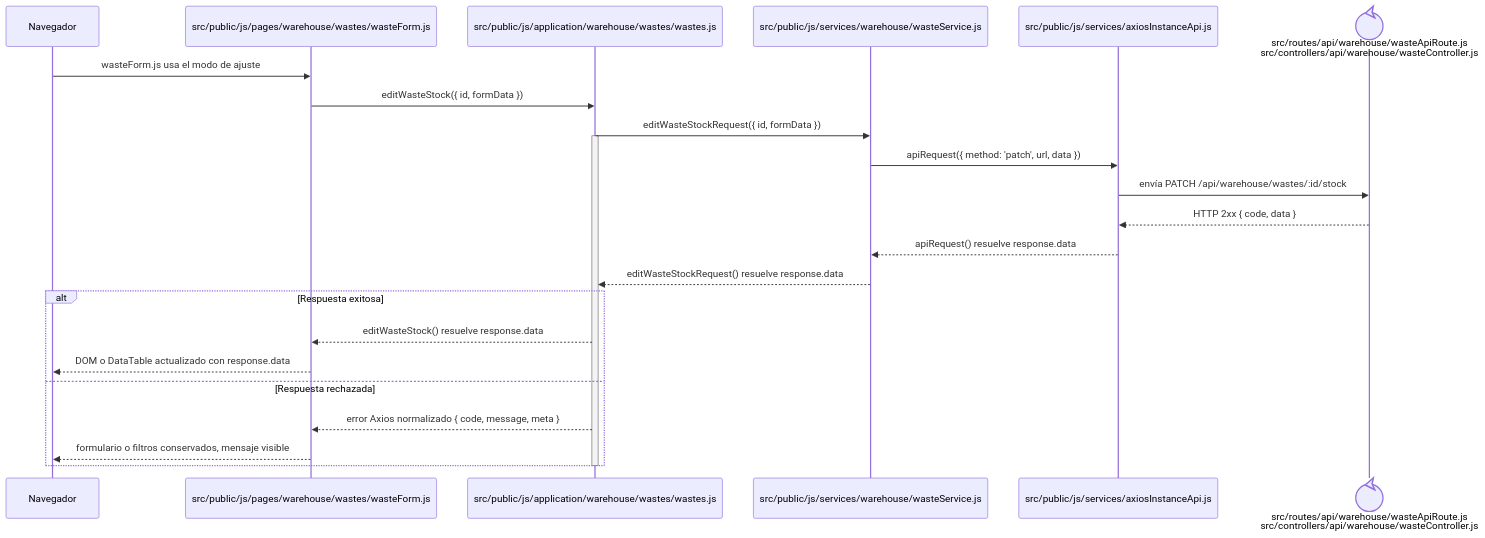
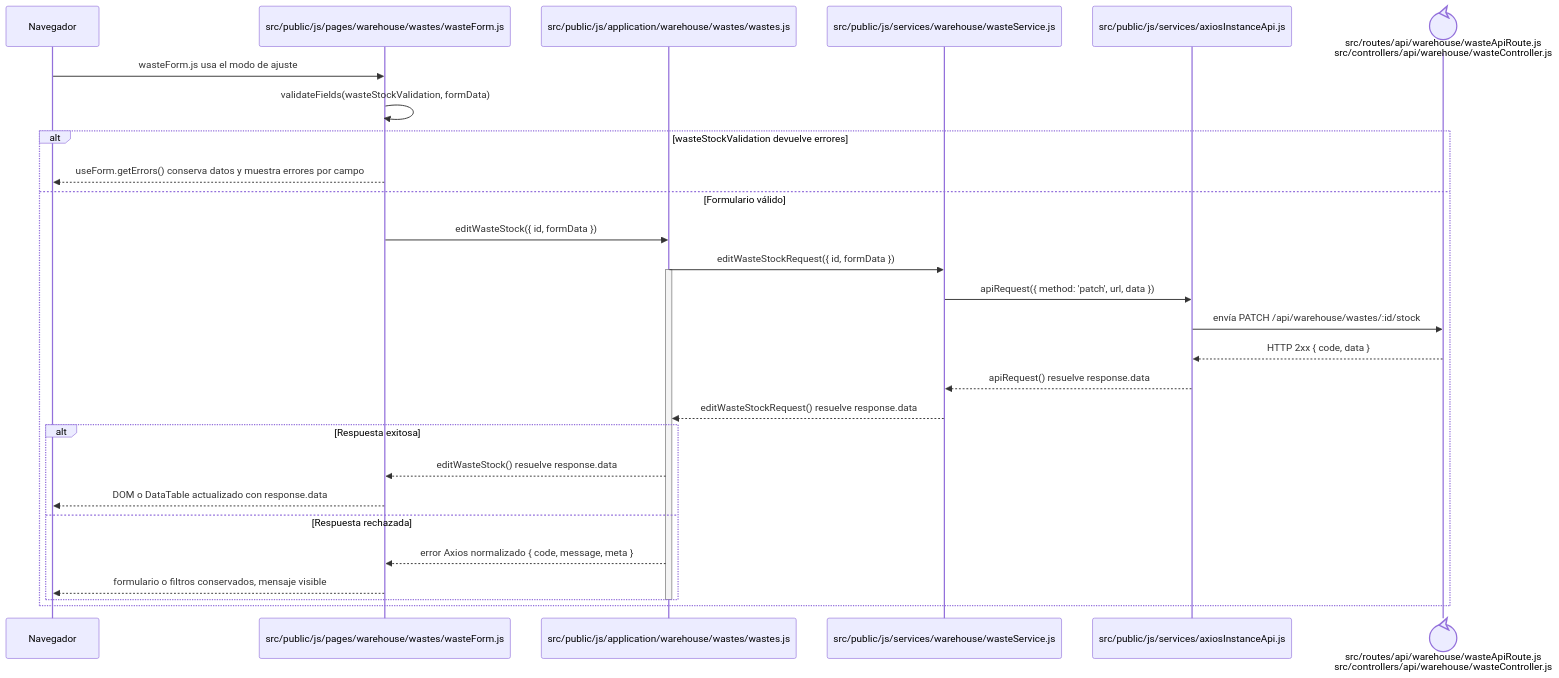
The diagram in docs/architecture/frontend-code-sequences/catalogs/cu-alm-12.md (gpgsistemas01/nexus), drawn with Mermaid before and after one commit. The commit also changed 102 other files, not shown here.

````diff
--- a/docs/architecture/frontend-code-sequences/catalogs/cu-alm-12.md
+++ b/docs/architecture/frontend-code-sequences/catalogs/cu-alm-12.md
@@ -6,27 +6,32 @@
 ```mermaid
 sequenceDiagram
     participant Browser as Navegador
     participant View as src/public/js/pages/warehouse/wastes/wasteForm.js
     participant Application as src/public/js/application/warehouse/wastes/wastes.js
     participant Request as src/public/js/services/warehouse/wasteService.js
     participant HTTP as src/public/js/services/axiosInstanceApi.js
     participant Transport@{ "type": "control" } as src/routes/api/warehouse/wasteApiRoute.js<br/>src/controllers/api/warehouse/wasteController.js
 
     Browser->>View: wasteForm.js usa el modo de ajuste
-    View->>Application: editWasteStock({ id, formData })
-    Application->>Request: editWasteStockRequest({ id, formData })
-    activate Application
-    Request->>HTTP: apiRequest({ method: 'patch', url, data })
-    HTTP->>Transport: envía PATCH /api/warehouse/wastes/:id/stock
-    Transport-->>HTTP: HTTP 2xx { code, data }
-    HTTP-->>Request: apiRequest() resuelve response.data
-    Request-->>Application: editWasteStockRequest() resuelve response.data
-    alt Respuesta exitosa
-        Application-->>View: editWasteStock() resuelve response.data
-        View-->>Browser: DOM o DataTable actualizado con response.data
-    else Respuesta rechazada
-        Application-->>View: error Axios normalizado { code, message, meta }
-        View-->>Browser: formulario o filtros conservados, mensaje visible
+    View->>View: validateFields(wasteStockValidation, formData)
+    alt wasteStockValidation devuelve errores
+        View-->>Browser: useForm.getErrors() conserva datos y muestra errores por campo
+    else Formulario válido
+        View->>Application: editWasteStock({ id, formData })
+        Application->>Request: editWasteStockRequest({ id, formData })
+        activate Application
+        Request->>HTTP: apiRequest({ method: 'patch', url, data })
+        HTTP->>Transport: envía PATCH /api/warehouse/wastes/:id/stock
+        Transport-->>HTTP: HTTP 2xx { code, data }
+        HTTP-->>Request: apiRequest() resuelve response.data
+        Request-->>Application: editWasteStockRequest() resuelve response.data
+        alt Respuesta exitosa
+            Application-->>View: editWasteStock() resuelve response.data
+            View-->>Browser: DOM o DataTable actualizado con response.data
+        else Respuesta rechazada
+            Application-->>View: error Axios normalizado { code, message, meta }
+            View-->>Browser: formulario o filtros conservados, mensaje visible
+        end
+        deactivate Application
     end
-    deactivate Application
 ```
````
